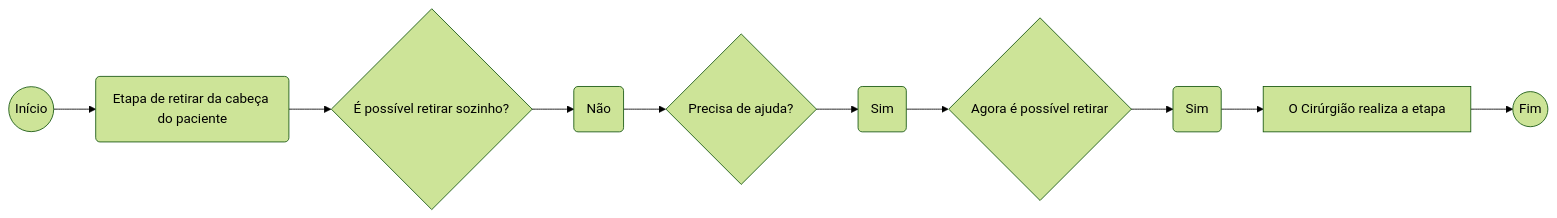
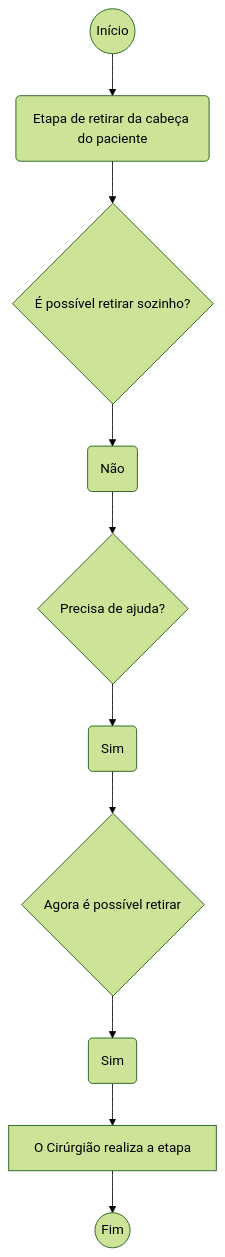
The second of 2 diagrams in Justificativas Técnicas.md (thimarsola/Notas), drawn with Mermaid (forest theme) before and after one commit. The commit also changed other lines of this file and 2 other files, not shown here.

````diff
--- a/Justificativas Técnicas.md
+++ b/Justificativas Técnicas.md
@@ -44,12 +44,12 @@
 ```mermaid
-graph LR
+graph TB
 A((Início)) --> B(Etapa de retirar da cabeça do paciente)
 B --> C{É possível retirar sozinho?}
 C --> D(Não)
 D --> E{Precisa de ajuda?}
 E --> F(Sim)
 F --> G{Agora é possível retirar}
 G --> H(Sim)
 H --> I[O Cirúrgião realiza a etapa]
 I --> J((Fim))
 ```
````
